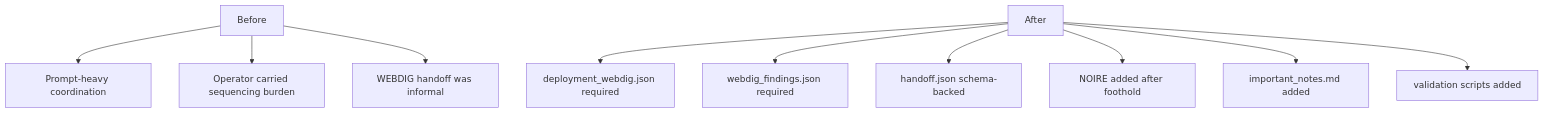
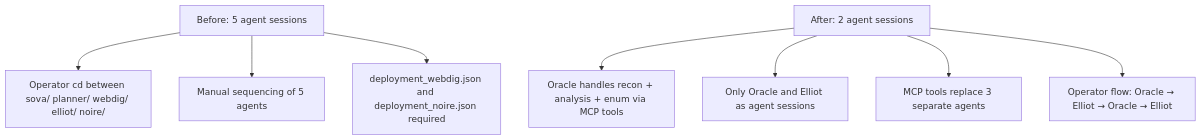
Before and after one commit to K3m1st/IRONTHREAD: the eighth of 9 diagrams in docs/INFRA_WIREFRAME.md, drawn with Mermaid. The commit also changed other lines of this file and 39 other files, not shown here.

First line of the commit message:
Phase 3: collapse 5 agent sessions to 2 via MCP tool servers

````diff
--- a/docs/INFRA_WIREFRAME.md
+++ b/docs/INFRA_WIREFRAME.md
@@ -202,13 +185,11 @@
 ```mermaid
 flowchart TD
-    A["Before"] --> A1["Prompt-heavy coordination"]
-    A --> A2["Operator carried sequencing burden"]
-    A --> A3["WEBDIG handoff was informal"]
+    A["Before: 5 agent sessions"] --> A1["Operator cd between sova/ planner/ webdig/ elliot/ noire/"]
+    A --> A2["Manual sequencing of 5 agents"]
+    A --> A3["deployment_webdig.json and deployment_noire.json required"]
 
-    B["After"] --> B1["deployment_webdig.json required"]
-    B --> B2["webdig_findings.json required"]
-    B --> B3["handoff.json schema-backed"]
-    B --> B4["NOIRE added after foothold"]
-    B --> B5["important_notes.md added"]
-    B --> B6["validation scripts added"]
+    B["After: 2 agent sessions"] --> B1["Oracle handles recon + analysis + enum via MCP tools"]
+    B --> B2["Only Oracle and Elliot as agent sessions"]
+    B --> B3["MCP tools replace 3 separate agents"]
+    B --> B4["Operator flow: Oracle → Elliot → Oracle → Elliot"]
 ```
````
